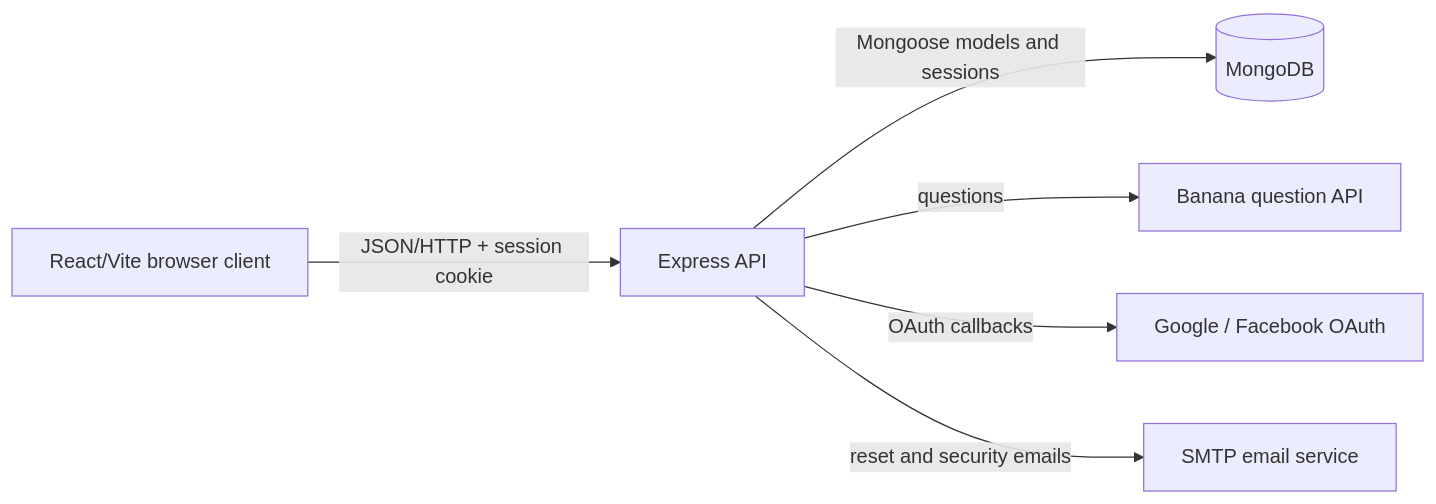
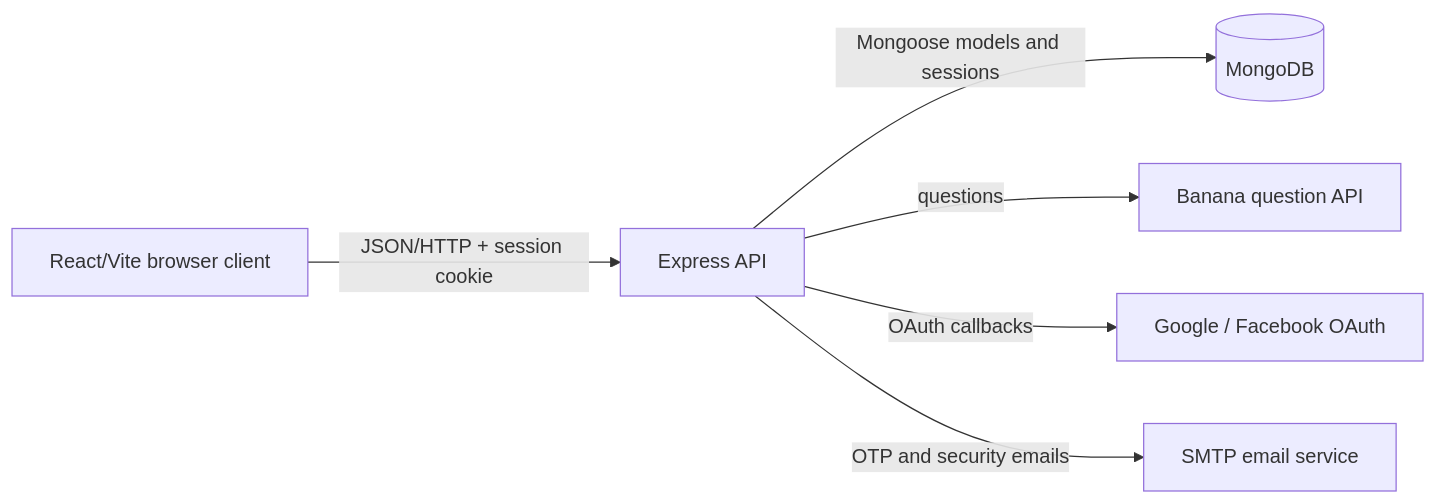
The diagram in docs/architecture.md (Sajee119/Banana-Quiz-Game), drawn with Mermaid before and after one commit. The commit also changed other lines of this file and 31 other files, not shown here.

````diff
--- a/docs/architecture.md
+++ b/docs/architecture.md
@@ -5,15 +5,15 @@
 ```mermaid
 flowchart LR
     Browser["React/Vite browser client"]
     API["Express API"]
     DB[("MongoDB")]
     Banana["Banana question API"]
     OAuth["Google / Facebook OAuth"]
     SMTP["SMTP email service"]
 
     Browser -- "JSON/HTTP + session cookie" --> API
     API -- "Mongoose models and sessions" --> DB
     API -- "questions" --> Banana
     API -- "OAuth callbacks" --> OAuth
-    API -- "reset and security emails" --> SMTP
+    API -- "OTP and security emails" --> SMTP
 ```
````
